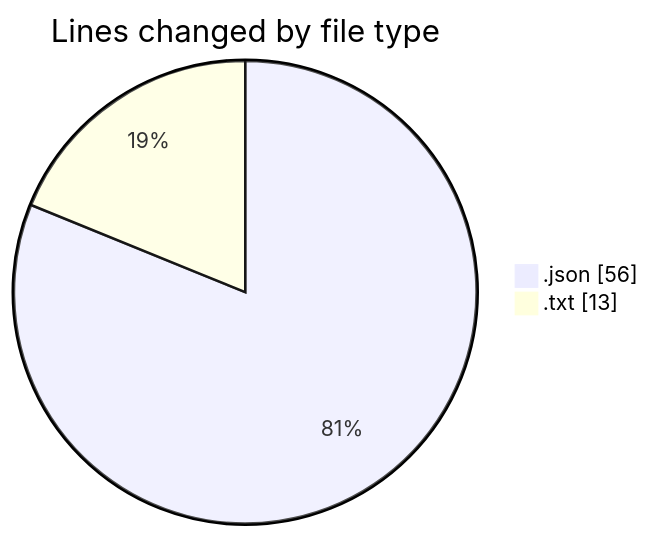
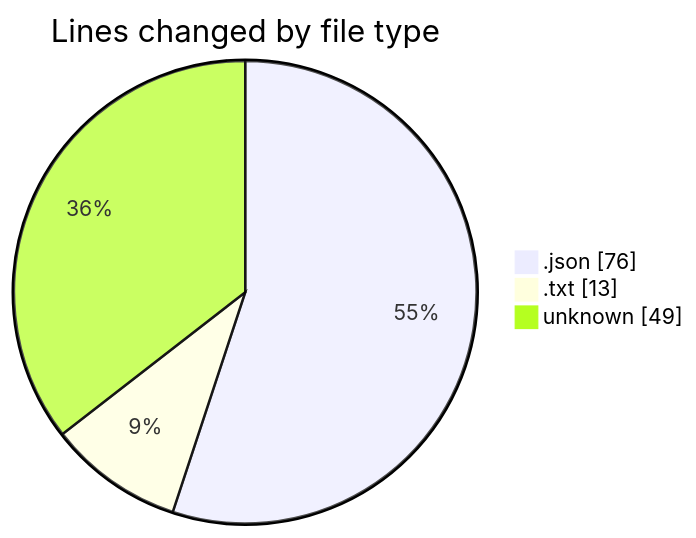
The first of 2 diagrams in 2025-03-19/echo/README.md (Netris89/code-tracking), drawn with Mermaid before and after one commit. The commit also changed other lines of this file and 1 other file, not shown here.

````diff
--- a/2025-03-19/echo/README.md
+++ b/2025-03-19/echo/README.md
@@ -22,6 +24,7 @@
 ```mermaid
 pie showData
 title Lines changed by file type
-".json" : 56
+".json" : 76
 ".txt" : 13
+"unknown" : 49
 ```
````
